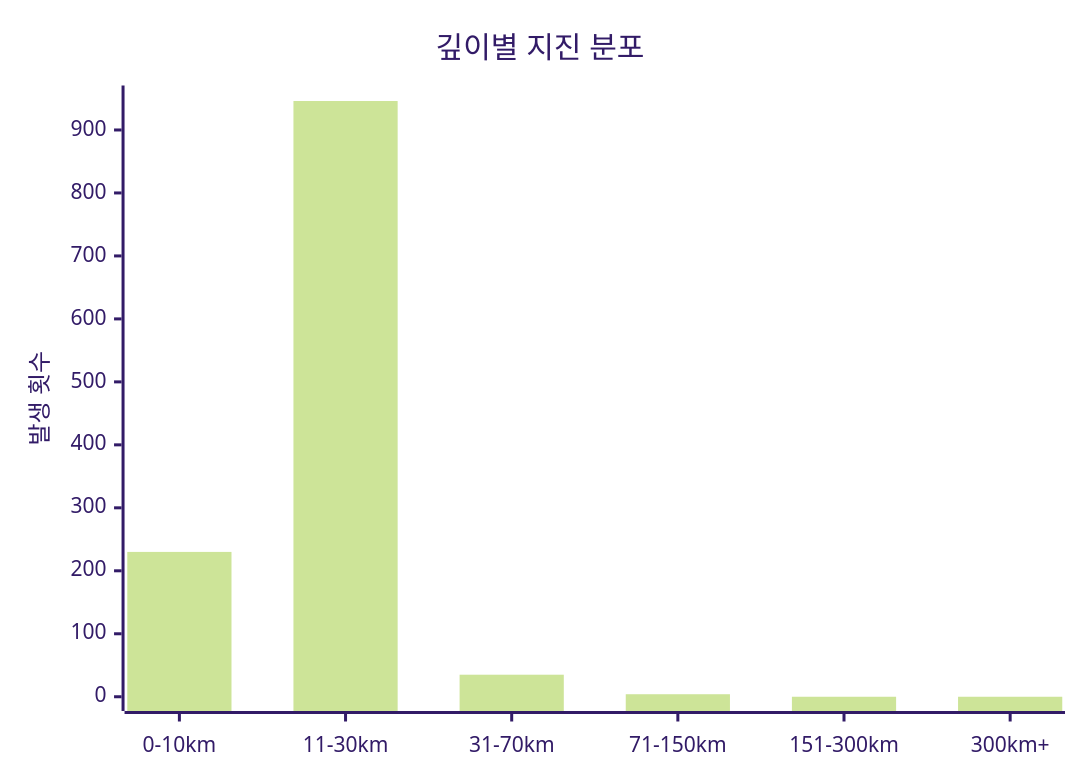
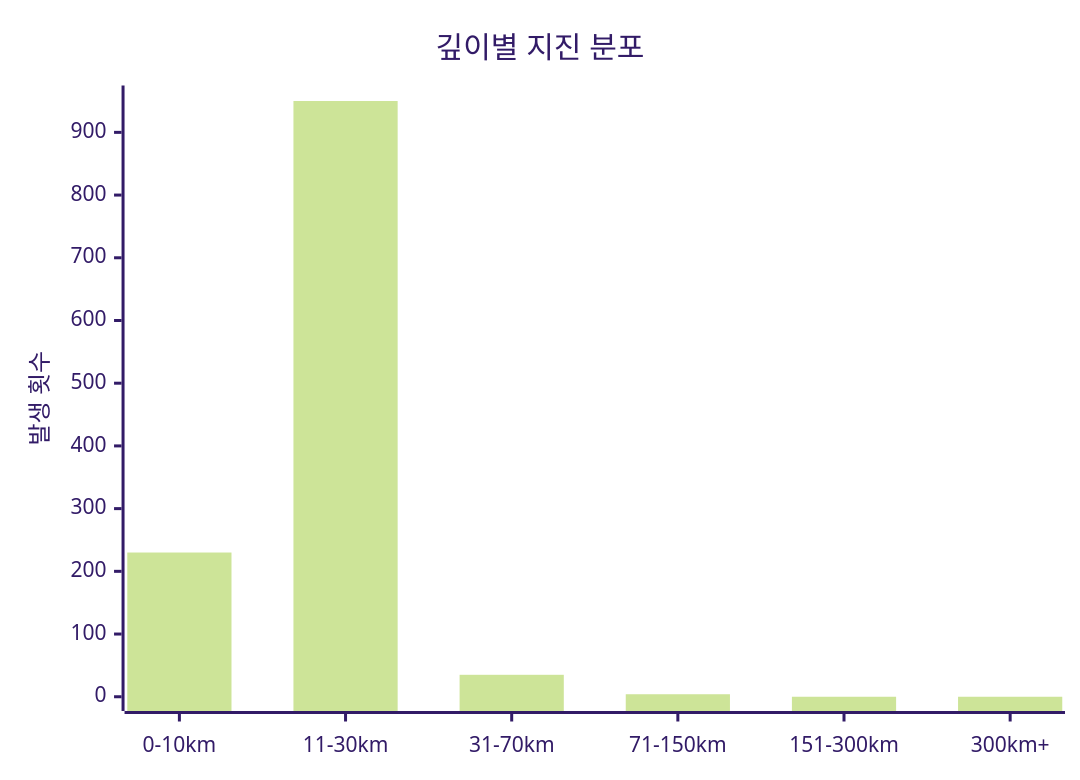
The diagram in charts/depth-chart.md (serendip811/japan-eq), drawn with Mermaid (forest theme) before and after one commit. The commit also changed other lines of this file and 5 other files, not shown here.

Commit message:
Update earthquake data and charts Fri Jul  4 09:04:27 UTC 2025

````diff
--- a/charts/depth-chart.md
+++ b/charts/depth-chart.md
@@ -3,7 +3,7 @@
 ```mermaid
 xychart-beta
     title "깊이별 지진 분포"
     x-axis ["0-10km", "11-30km", "31-70km", "71-150km", "151-300km", "300km+"]
-    y-axis "발생 횟수" 0 --> 948
-    bar [230, 946, 35, 4, 0, 0]
+    y-axis "발생 횟수" 0 --> 952
+    bar [230, 950, 35, 4, 0, 0]
 ```
````
